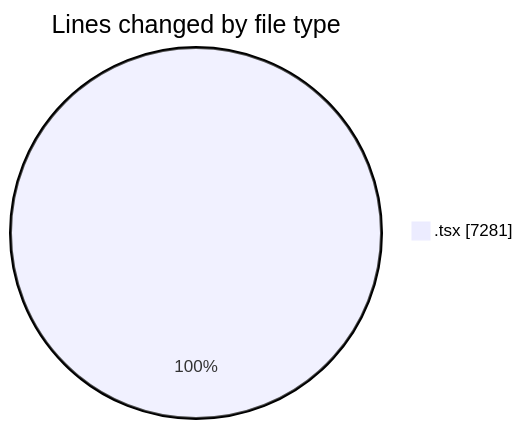
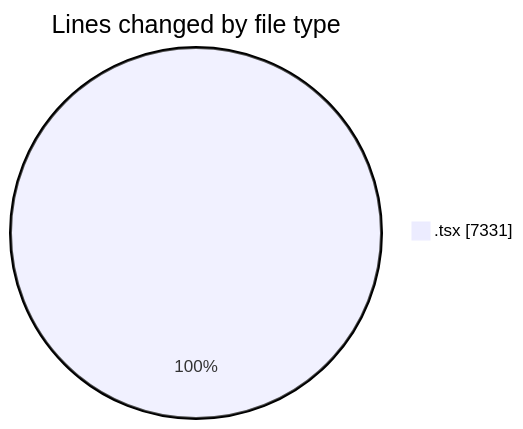
Before and after one commit to momahboobian/code-tracking: the first of 2 diagrams in 2025-12-04/cda/README.md, drawn with Mermaid. The commit also changed other lines of this file and 1 other file, not shown here.

````diff
--- a/2025-12-04/cda/README.md
+++ b/2025-12-04/cda/README.md
@@ -27,5 +28,5 @@
 ```mermaid
 pie showData
 title Lines changed by file type
-".tsx" : 7281
+".tsx" : 7331
 ```
````
